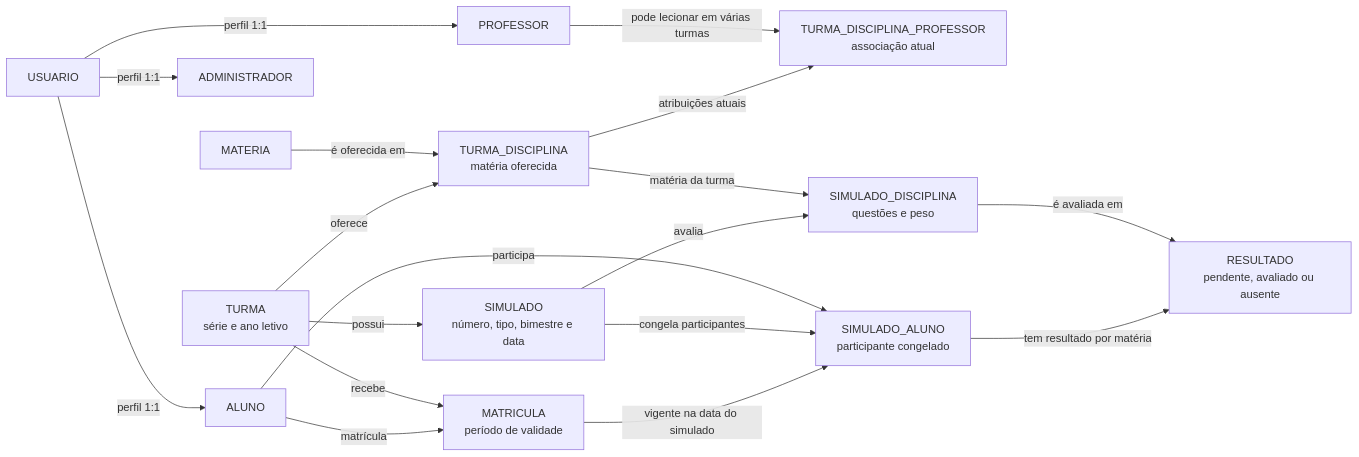
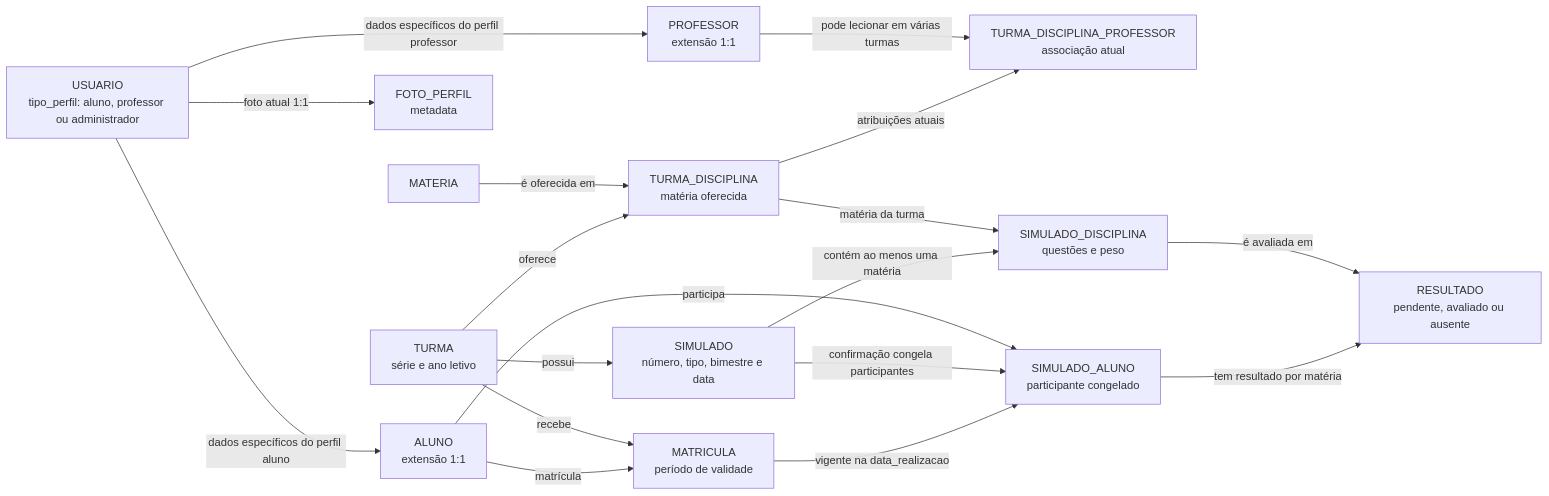
The first of 3 diagrams in README.md (NotasMAX/Documentacao), drawn with Mermaid before and after one commit. The commit also changed other lines of this file and 2 other files, not shown here.

First line of the commit message:
docs: update system and data model documentation

```diff
--- a/README.md
+++ b/README.md
@@ -407,34 +399,34 @@
 ~~~mermaid
 flowchart LR
-    U["USUARIO"]
-    A["ALUNO"]
-    P["PROFESSOR"]
-    AD["ADMINISTRADOR"]
+    U["USUARIO<br/>tipo_perfil: aluno, professor ou administrador"]
+    A["ALUNO<br/>extensão 1:1"]
+    P["PROFESSOR<br/>extensão 1:1"]
+    F["FOTO_PERFIL<br/>metadata"]
     M["MATRICULA<br/>período de validade"]
     T["TURMA<br/>série e ano letivo"]
     MT["MATERIA"]
     TD["TURMA_DISCIPLINA<br/>matéria oferecida"]
     TDP["TURMA_DISCIPLINA_PROFESSOR<br/>associação atual"]
     S["SIMULADO<br/>número, tipo, bimestre e data"]
     SD["SIMULADO_DISCIPLINA<br/>questões e peso"]
     SA["SIMULADO_ALUNO<br/>participante congelado"]
     R["RESULTADO<br/>pendente, avaliado ou ausente"]
 
-    U -->|"perfil 1:1"| A
-    U -->|"perfil 1:1"| P
-    U -->|"perfil 1:1"| AD
+    U -->|"dados específicos do perfil aluno"| A
+    U -->|"dados específicos do perfil professor"| P
+    U -->|"foto atual 1:1"| F
     A -->|"matrícula"| M
     T -->|"recebe"| M
     T -->|"oferece"| TD
     MT -->|"é oferecida em"| TD
     TD -->|"atribuições atuais"| TDP
     P -->|"pode lecionar em várias turmas"| TDP
     T -->|"possui"| S
-    S -->|"avalia"| SD
+    S -->|"contém ao menos uma matéria"| SD
     TD -->|"matéria da turma"| SD
-    M -->|"vigente na data do simulado"| SA
-    S -->|"congela participantes"| SA
+    M -->|"vigente na data_realizacao"| SA
+    S -->|"confirmação congela participantes"| SA
     A -->|"participa"| SA
     SA -->|"tem resultado por matéria"| R
     SD -->|"é avaliada em"| R
 ~~~
```
